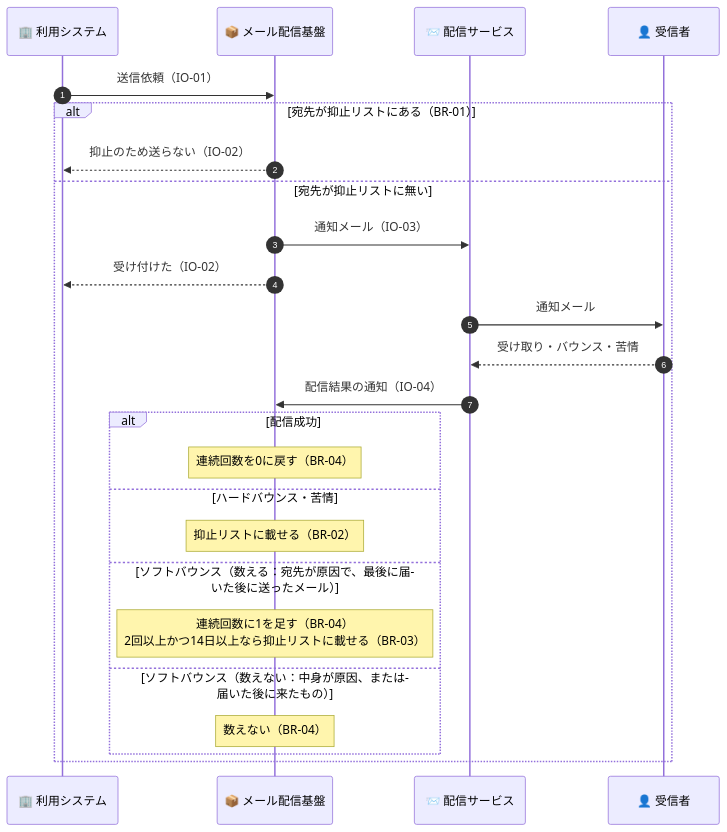
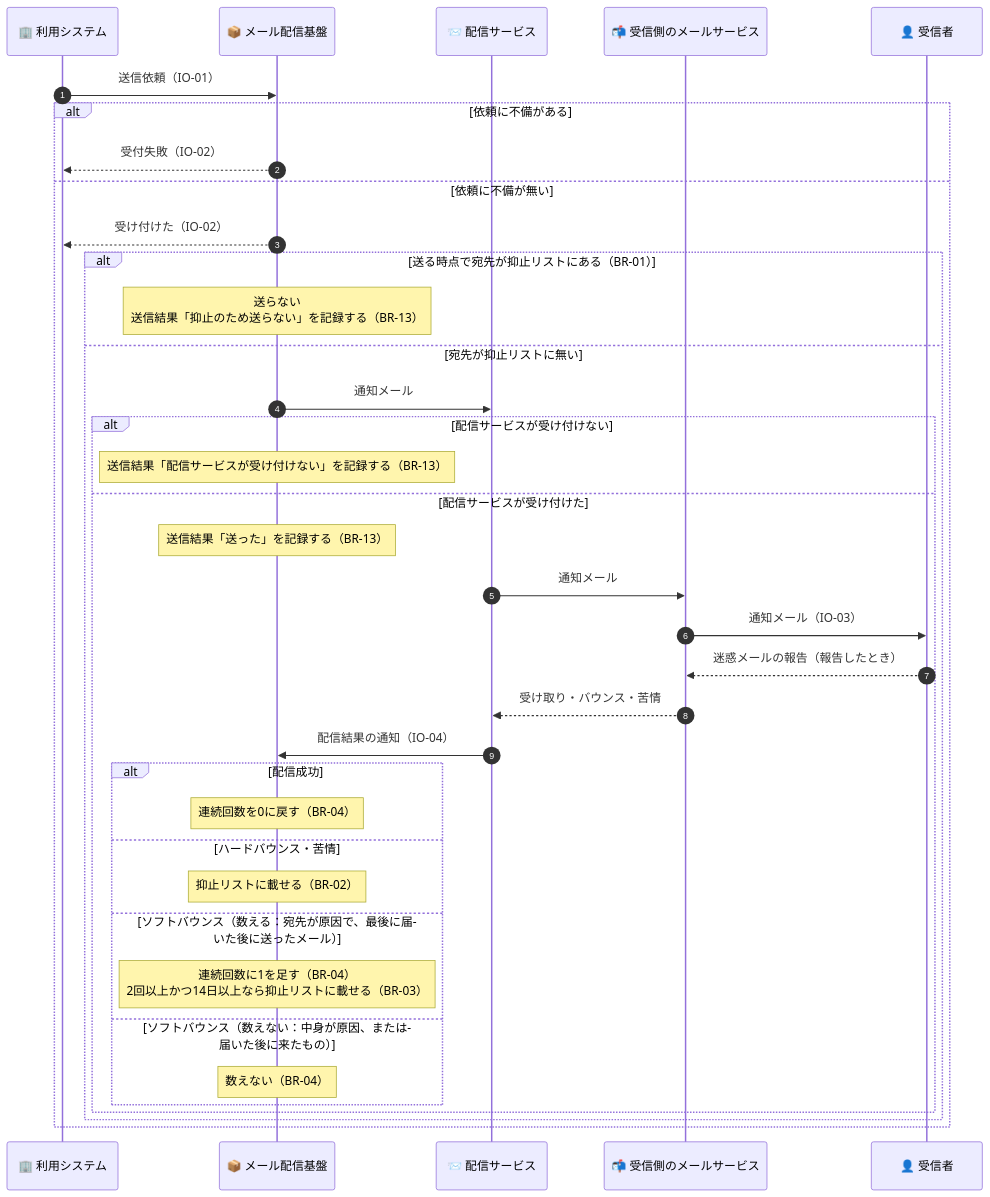
Before and after one commit to kasiopeiya/mail-poc: the third of 3 diagrams in docs/requirements.md, drawn with Mermaid. The commit also changed other lines of this file, not shown here.

````diff
--- a/docs/requirements.md
+++ b/docs/requirements.md
@@ -506,28 +526,40 @@
 ```mermaid
 sequenceDiagram
     autonumber
     participant U as 🏢 利用システム
     participant S as 📦 メール配信基盤
     participant D as 📨 配信サービス
+    participant M as 📬 受信側のメールサービス
     participant R as 👤 受信者
 
     U->>S: 送信依頼（IO-01）
-    alt 宛先が抑止リストにある（BR-01）
-        S-->>U: 抑止のため送らない（IO-02）
-    else 宛先が抑止リストに無い
-        S->>D: 通知メール（IO-03）
+    alt 依頼に不備がある
+        S-->>U: 受付失敗（IO-02）
+    else 依頼に不備が無い
         S-->>U: 受け付けた（IO-02）
-        D->>R: 通知メール
-        R-->>D: 受け取り・バウンス・苦情
-        D->>S: 配信結果の通知（IO-04）
-        alt 配信成功
-            Note over S: 連続回数を0に戻す（BR-04）
-        else ハードバウンス・苦情
-            Note over S: 抑止リストに載せる（BR-02）
-        else ソフトバウンス（数える：宛先が原因で、最後に届いた後に送ったメール）
-            Note over S: 連続回数に1を足す（BR-04）<br/>2回以上かつ14日以上なら抑止リストに載せる（BR-03）
-        else ソフトバウンス（数えない：中身が原因、または届いた後に来たもの）
-            Note over S: 数えない（BR-04）
+        alt 送る時点で宛先が抑止リストにある（BR-01）
+            Note over S: 送らない<br/>送信結果「抑止のため送らない」を記録する（BR-13）
+        else 宛先が抑止リストに無い
+            S->>D: 通知メール
+            alt 配信サービスが受け付けない
+                Note over S: 送信結果「配信サービスが受け付けない」を記録する（BR-13）
+            else 配信サービスが受け付けた
+                Note over S: 送信結果「送った」を記録する（BR-13）
+                D->>M: 通知メール
+                M->>R: 通知メール（IO-03）
+                R-->>M: 迷惑メールの報告（報告したとき）
+                M-->>D: 受け取り・バウンス・苦情
+                D->>S: 配信結果の通知（IO-04）
+                alt 配信成功
+                    Note over S: 連続回数を0に戻す（BR-04）
+                else ハードバウンス・苦情
+                    Note over S: 抑止リストに載せる（BR-02）
+                else ソフトバウンス（数える：宛先が原因で、最後に届いた後に送ったメール）
+                    Note over S: 連続回数に1を足す（BR-04）<br/>2回以上かつ14日以上なら抑止リストに載せる（BR-03）
+                else ソフトバウンス（数えない：中身が原因、または届いた後に来たもの）
+                    Note over S: 数えない（BR-04）
+                end
+            end
         end
     end
 ```
````
